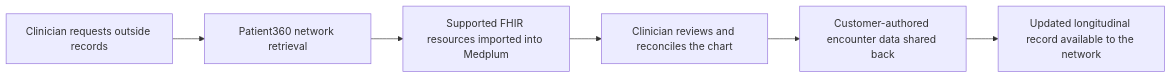
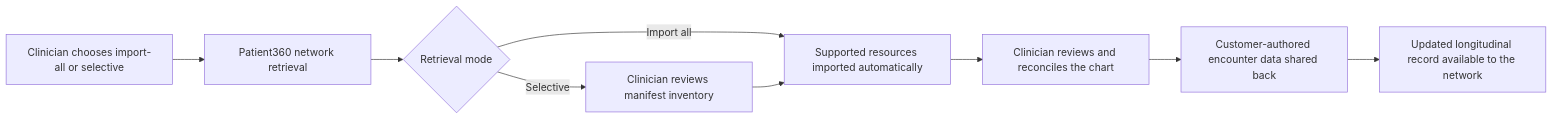
One commit to medplum/medplum changed the diagram in packages/docs/docs/integration/health-information-exchange/index.md. Above: the diagram before and after it, drawn with Mermaid. The commit also changed other lines of this file and 8 other files, not shown here.

Commit message:
feat(provider): add selective Patient360 import

````diff
--- a/packages/docs/docs/integration/health-information-exchange/index.md
+++ b/packages/docs/docs/integration/health-information-exchange/index.md
@@ -43,8 +43,11 @@
 ```mermaid
 flowchart LR
-    A["Clinician requests outside records"] --> B["Patient360 network retrieval"]
-    B --> C["Supported FHIR resources imported into Medplum"]
-    C --> D["Clinician reviews and reconciles the chart"]
-    D --> E["Customer-authored encounter data shared back"]
-    E --> F["Updated longitudinal record available to the network"]
+    A["Clinician chooses import-all or selective"] --> B["Patient360 network retrieval"]
+    B --> C{"Retrieval mode"}
+    C -->|Import all| D["Supported resources imported automatically"]
+    C -->|Selective| E["Clinician reviews manifest inventory"]
+    E --> D
+    D --> F["Clinician reviews and reconciles the chart"]
+    F --> G["Customer-authored encounter data shared back"]
+    G --> H["Updated longitudinal record available to the network"]
 ```
````
